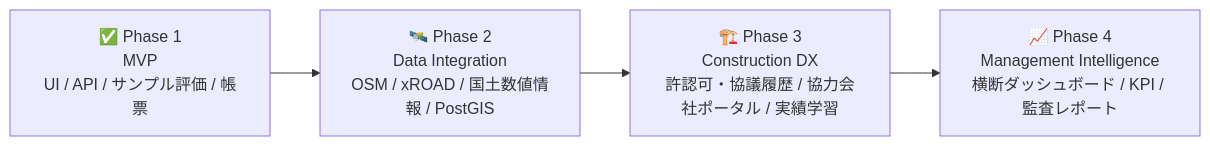
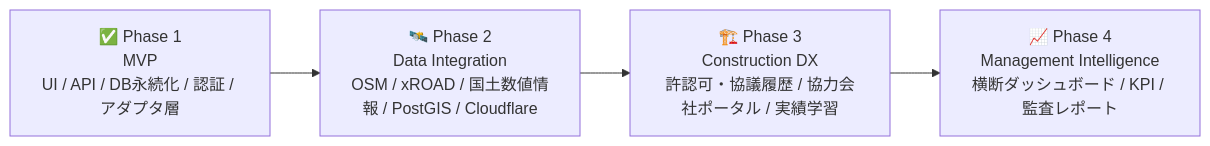
Before and after one commit to Kensan196948G/Construction-Logistics-Route-Planner: the sixth of 6 diagrams in README.md, drawn with Mermaid. The commit also changed other lines of this file and 62 other files, not shown here.

First line of the commit message:
feat(eval): production-readiness improvements + UI core flow + evaluation docs (#18)

````diff
--- a/README.md
+++ b/README.md
@@ -368,8 +446,8 @@
 ```mermaid
 flowchart LR
-    P1["✅ Phase 1<br/>MVP<br/>UI / API / サンプル評価 / 帳票"]
-    P2["🛰️ Phase 2<br/>Data Integration<br/>OSM / xROAD / 国土数値情報 / PostGIS"]
+    P1["✅ Phase 1<br/>MVP<br/>UI / API / DB永続化 / 認証 / アダプタ層"]
+    P2["🛰️ Phase 2<br/>Data Integration<br/>OSM / xROAD / 国土数値情報 / PostGIS / Cloudflare"]
     P3["🏗️ Phase 3<br/>Construction DX<br/>許認可・協議履歴 / 協力会社ポータル / 実績学習"]
     P4["📈 Phase 4<br/>Management Intelligence<br/>横断ダッシュボード / KPI / 監査レポート"]
-    P1 --> P2 --> P3 --> P4
+P1 --> P2 --> P3 --> P4
 ```
````
